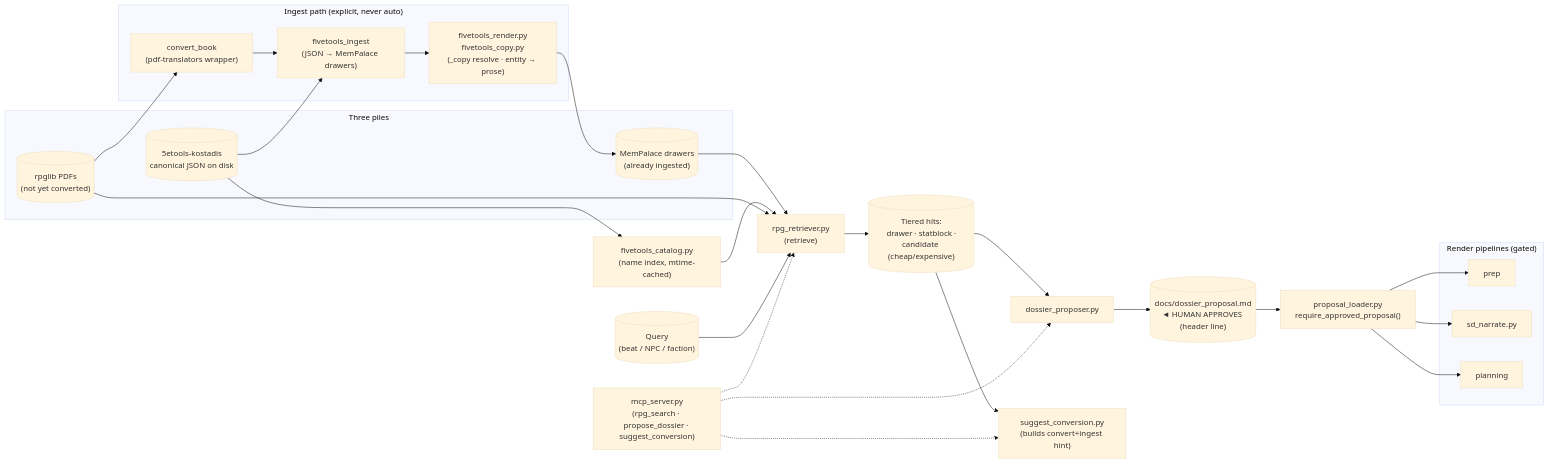
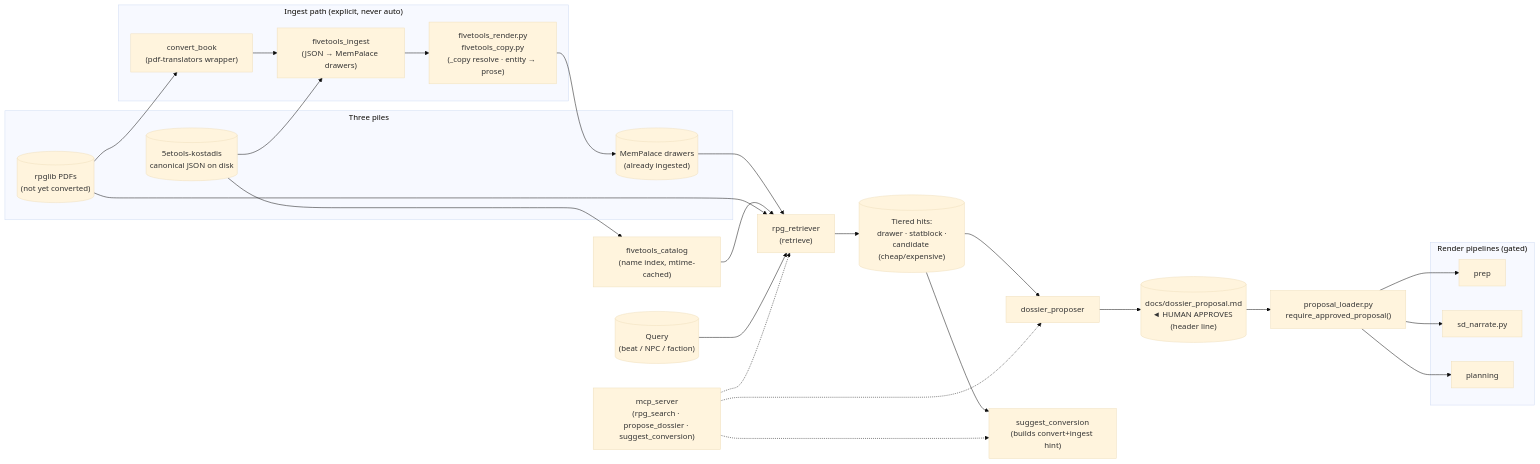
One commit to kostadis/CampaignGenerator changed the third of 3 diagrams in docs/core/architecture.md. Above: the diagram before and after it, drawn with Mermaid (base theme). The commit also changed other lines of this file and 41 other files, not shown here.

````diff
--- a/docs/core/architecture.md
+++ b/docs/core/architecture.md
@@ -136,56 +136,56 @@
 ```mermaid
 flowchart LR
     Q[("Query<br/>(beat / NPC / faction)")]
 
     subgraph Sources["Three piles"]
         DRW[("MemPalace drawers<br/>(already ingested)")]
         FT[("5etools-kostadis<br/>canonical JSON on disk")]
         RPGLIB[("rpglib PDFs<br/>(not yet converted)")]
     end
 
-    RR["rpg_retriever.py<br/>(retrieve)"]
+    RR["rpg_retriever<br/>(retrieve)"]
     DRW --> RR
-    FTC["fivetools_catalog.py<br/>(name index, mtime-cached)"] --> RR
+    FTC["fivetools_catalog<br/>(name index, mtime-cached)"] --> RR
     FT --> FTC
     RPGLIB --> RR
 
     Q --> RR
 
     HITS[("Tiered hits:<br/>drawer · statblock ·<br/>candidate (cheap/expensive)")]
     RR --> HITS
 
-    DP["dossier_proposer.py"]
+    DP["dossier_proposer"]
     HITS --> DP
     PROP[("docs/dossier_proposal.md<br/>◄ HUMAN APPROVES (header line)")]
     DP --> PROP
 
-    SUGG["suggest_conversion.py<br/>(builds convert+ingest hint)"]
+    SUGG["suggest_conversion<br/>(builds convert+ingest hint)"]
     HITS --> SUGG
 
     subgraph Ingest["Ingest path (explicit, never auto)"]
         CB["convert_book<br/>(pdf-translators wrapper)"]
         FI["fivetools_ingest<br/>(JSON → MemPalace drawers)"]
         FR["fivetools_render.py<br/>fivetools_copy.py<br/>(_copy resolve · entity → prose)"]
     end
     RPGLIB --> CB --> FI
     FT --> FI
     FI --> FR
     FR --> DRW
 
     LOAD["proposal_loader.py<br/>require_approved_proposal()"]
     PROP --> LOAD
 
     subgraph Render["Render pipelines (gated)"]
         PR["prep"]
         SDP["sd_narrate.py"]
         PLN["planning"]
     end
     LOAD --> PR
     LOAD --> SDP
     LOAD --> PLN
 
-    MCP["mcp_server.py<br/>(rpg_search · propose_dossier · suggest_conversion)"]
+    MCP["mcp_server<br/>(rpg_search · propose_dossier · suggest_conversion)"]
     MCP -.-> RR
     MCP -.-> DP
     MCP -.-> SUGG
 ```
````
